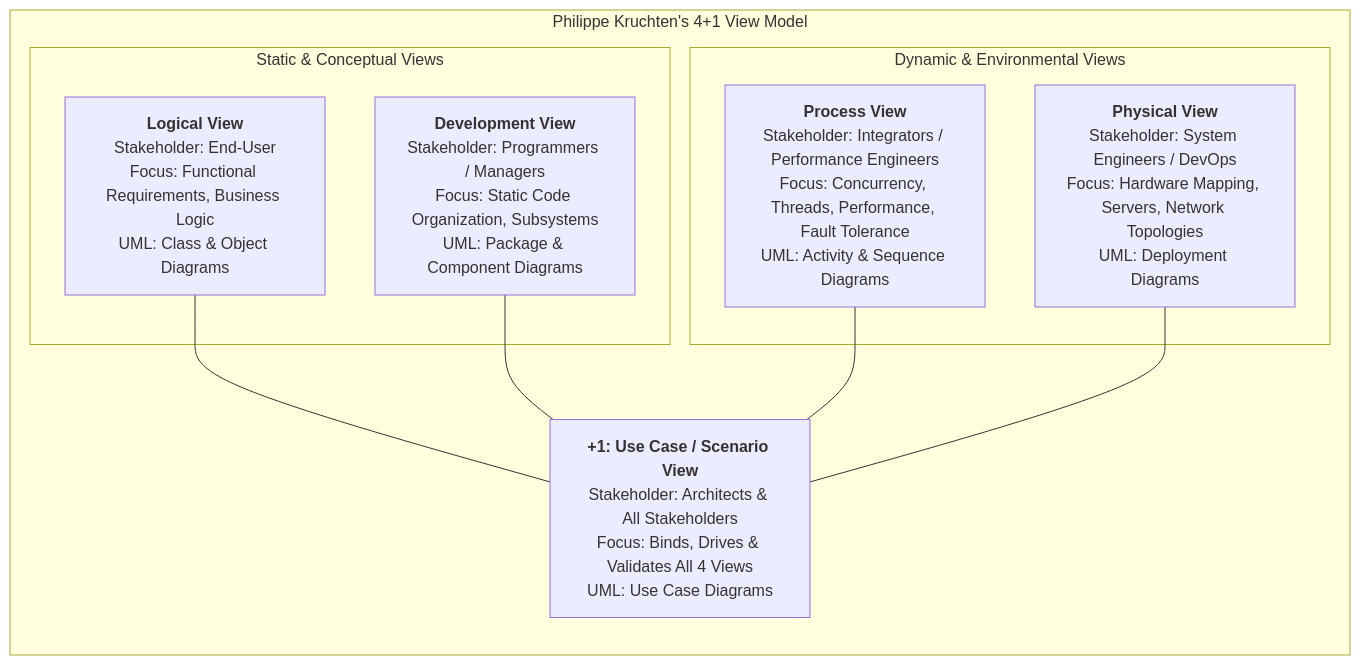
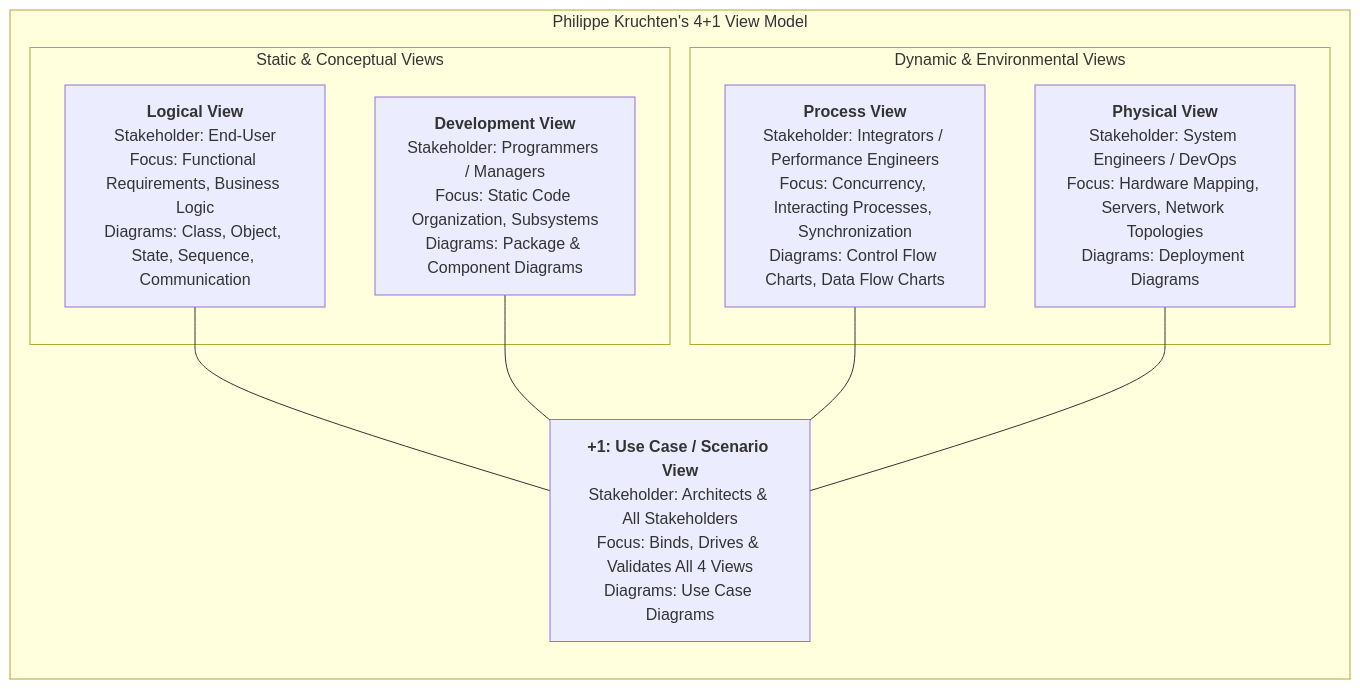
The fifth of 14 diagrams in Y2S1/CKS221 Test 1 MCQ Study Guide.md (Fake1Doge/Obsidian-notes), drawn with Mermaid before and after one commit. The commit also changed other lines of this file, not shown here.

````diff
--- a/Y2S1/CKS221 Test 1 MCQ Study Guide.md
+++ b/Y2S1/CKS221 Test 1 MCQ Study Guide.md
@@ -245,22 +245,22 @@
 ```mermaid
 flowchart TD
     subgraph Kruchten["Philippe Kruchten's 4+1 View Model"]
         direction TB
         subgraph TopTier["Static & Conceptual Views"]
-            LV["<b>Logical View</b><br/>Stakeholder: End-User<br/>Focus: Functional Requirements, Business Logic<br/>UML: Class & Object Diagrams"]
-            DV["<b>Development View</b><br/>Stakeholder: Programmers / Managers<br/>Focus: Static Code Organization, Subsystems<br/>UML: Package & Component Diagrams"]
+            LV["<b>Logical View</b><br/>Stakeholder: End-User<br/>Focus: Functional Requirements, Business Logic<br/>Diagrams: Class, Object, State, Sequence, Communication"]
+            DV["<b>Development View</b><br/>Stakeholder: Programmers / Managers<br/>Focus: Static Code Organization, Subsystems<br/>Diagrams: Package & Component Diagrams"]
         end
 
-        UC["<b>+1: Use Case / Scenario View</b><br/>Stakeholder: Architects & All Stakeholders<br/>Focus: Binds, Drives & Validates All 4 Views<br/>UML: Use Case Diagrams"]
+        UC["<b>+1: Use Case / Scenario View</b><br/>Stakeholder: Architects & All Stakeholders<br/>Focus: Binds, Drives & Validates All 4 Views<br/>Diagrams: Use Case Diagrams"]
 
         subgraph BottomTier["Dynamic & Environmental Views"]
-            PV["<b>Process View</b><br/>Stakeholder: Integrators / Performance Engineers<br/>Focus: Concurrency, Threads, Performance, Fault Tolerance<br/>UML: Activity & Sequence Diagrams"]
-            PhV["<b>Physical View</b><br/>Stakeholder: System Engineers / DevOps<br/>Focus: Hardware Mapping, Servers, Network Topologies<br/>UML: Deployment Diagrams"]
+            PV["<b>Process View</b><br/>Stakeholder: Integrators / Performance Engineers<br/>Focus: Concurrency, Interacting Processes, Synchronization<br/>Diagrams: Control Flow Charts, Data Flow Charts"]
+            PhV["<b>Physical View</b><br/>Stakeholder: System Engineers / DevOps<br/>Focus: Hardware Mapping, Servers, Network Topologies<br/>Diagrams: Deployment Diagrams"]
         end
 
         LV --- UC
         DV --- UC
         PV --- UC
         PhV --- UC
     end
 ```
````
